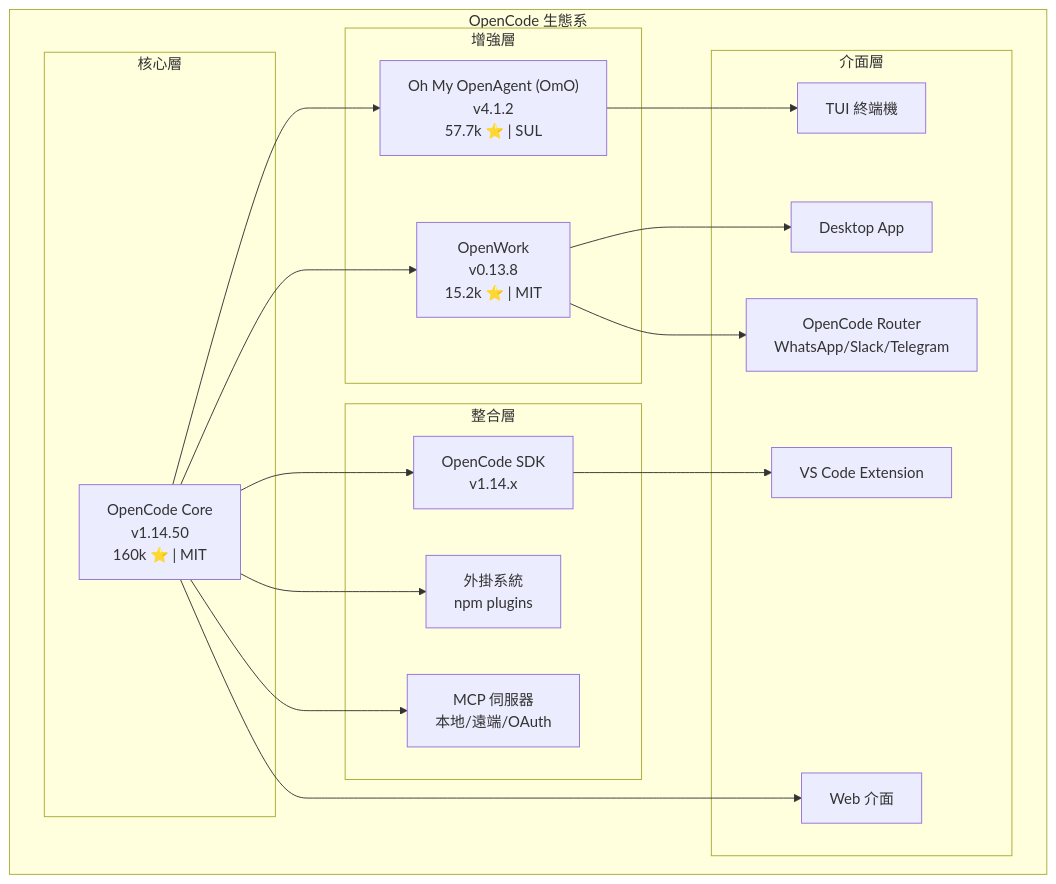
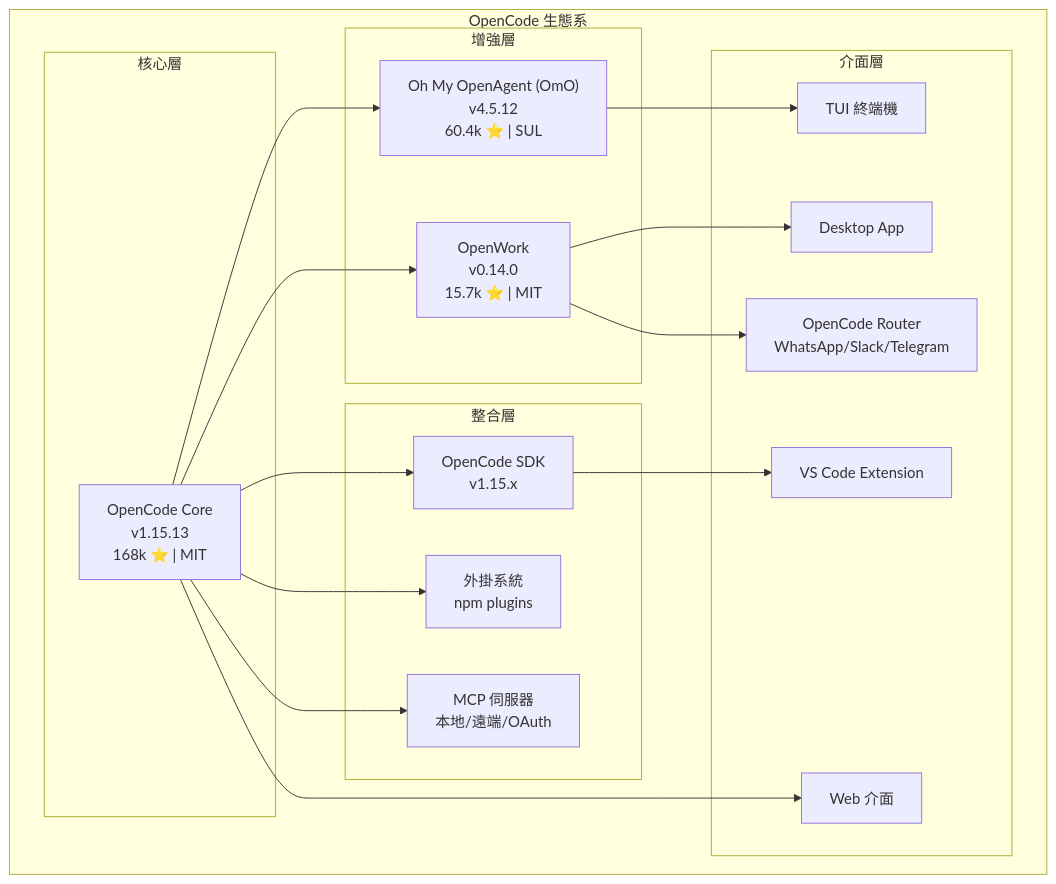
One commit to chihhung/Blog changed the first of 51 diagrams in content/posts/教學/AI開發/opencode生態系教學手冊.md. Above: the diagram before and after it, drawn with Mermaid. The commit also changed other lines of this file and 12 other files, not shown here.

````diff
--- a/content/posts/教學/AI開發/opencode生態系教學手冊.md
+++ b/content/posts/教學/AI開發/opencode生態系教學手冊.md
@@ -280,39 +281,39 @@
 ```mermaid
 graph TB
     subgraph "OpenCode 生態系"
         subgraph "核心層"
-            OC["OpenCode Core<br/>v1.14.50<br/>160k ⭐ | MIT"]
+            OC["OpenCode Core<br/>v1.15.13<br/>168k ⭐ | MIT"]
         end
 
         subgraph "增強層"
-            OmO["Oh My OpenAgent (OmO)<br/>v4.1.2<br/>57.7k ⭐ | SUL"]
-            OW["OpenWork<br/>v0.13.8<br/>15.2k ⭐ | MIT"]
+            OmO["Oh My OpenAgent (OmO)<br/>v4.5.12<br/>60.4k ⭐ | SUL"]
+            OW["OpenWork<br/>v0.14.0<br/>15.7k ⭐ | MIT"]
         end
 
         subgraph "整合層"
-            SDK["OpenCode SDK<br/>v1.14.x"]
+            SDK["OpenCode SDK<br/>v1.15.x"]
             Plugin["外掛系統<br/>npm plugins"]
             MCP["MCP 伺服器<br/>本地/遠端/OAuth"]
         end
 
         subgraph "介面層"
             TUI["TUI 終端機"]
             Desktop["Desktop App"]
             IDE["VS Code Extension"]
             Web["Web 介面"]
             Router["OpenCode Router<br/>WhatsApp/Slack/Telegram"]
         end
     end
 
     OC --> OmO
     OC --> OW
     OC --> SDK
     OC --> Plugin
     OC --> MCP
 
     OmO --> TUI
     OW --> Desktop
     SDK --> IDE
     OC --> Web
     OW --> Router
 ```
````
